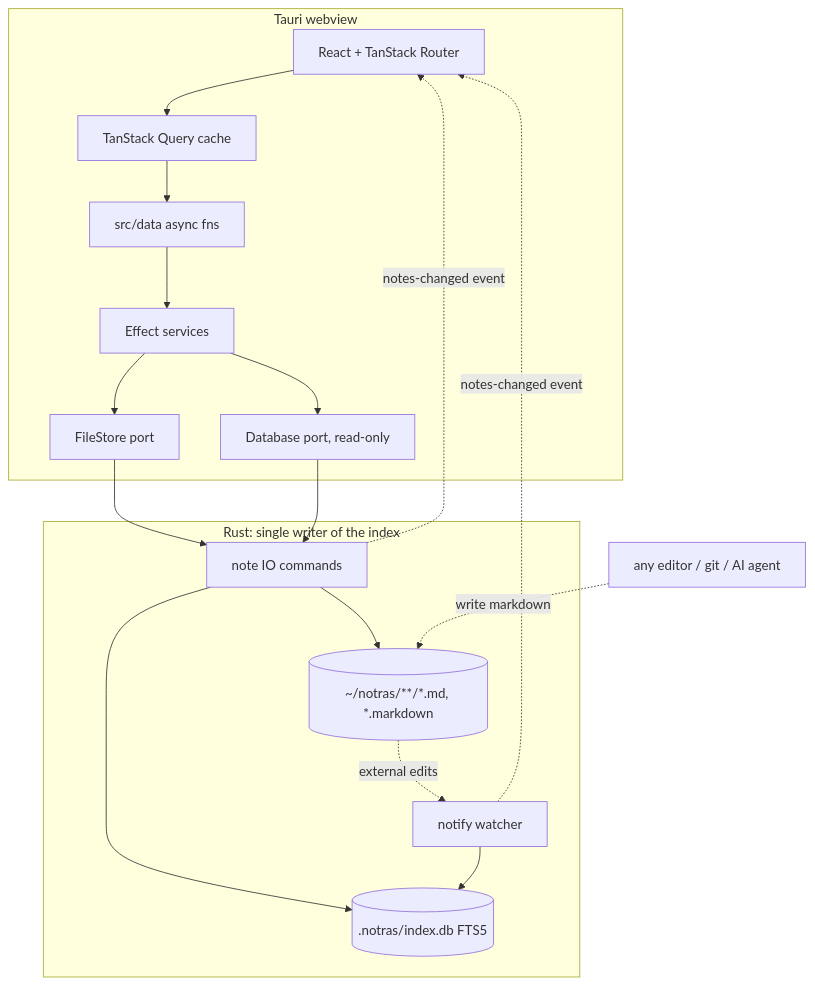
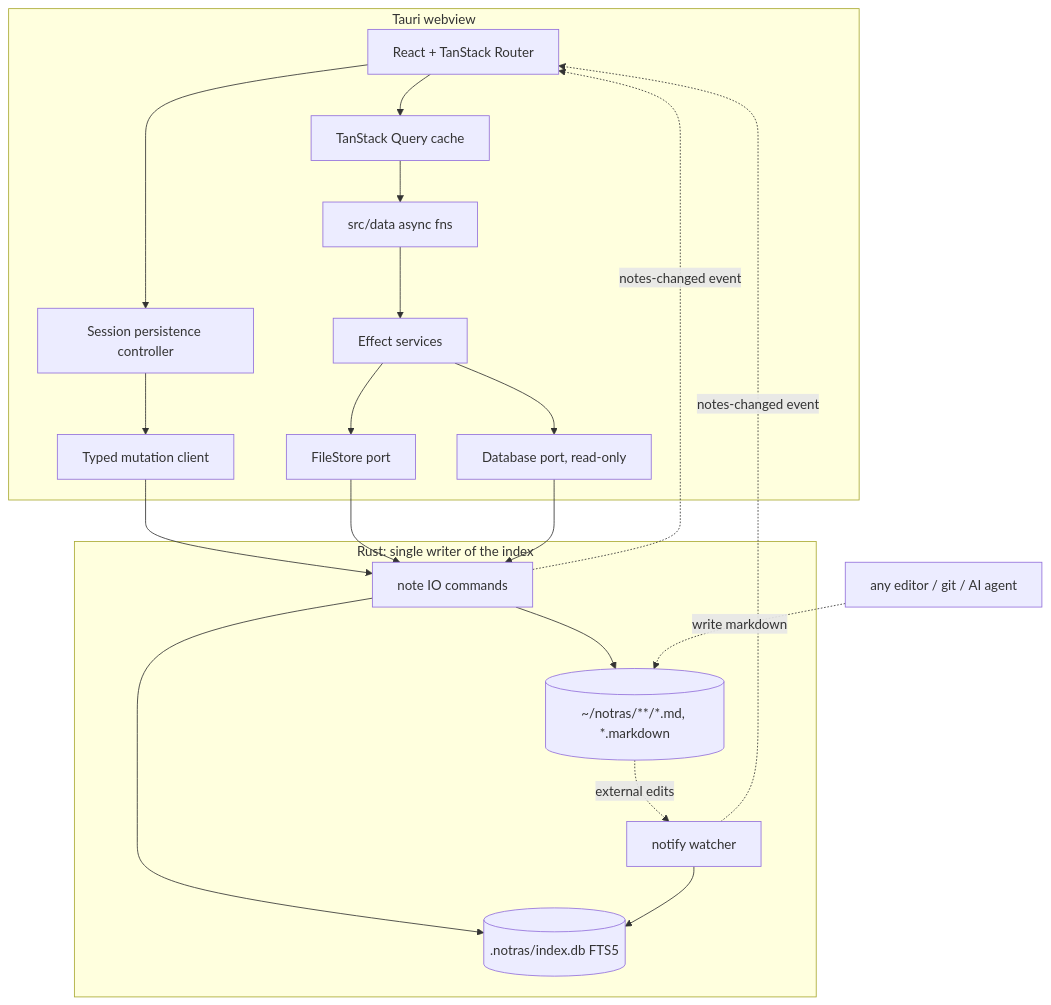
Before and after one commit to jimmy-guzman/notras: the diagram in ARCHITECTURE.md, drawn with Mermaid. The commit also changed other lines of this file and 64 other files, not shown here.

````diff
--- a/ARCHITECTURE.md
+++ b/ARCHITECTURE.md
@@ -25,23 +25,26 @@
 ```mermaid
 flowchart TD
     subgraph webview [Tauri webview]
         UI[React + TanStack Router] --> Query[TanStack Query cache]
+        UI --> Persistence[Session persistence controller]
+        Persistence --> Mutations[Typed mutation client]
         Query --> Data[src/data async fns]
         Data --> Services[Effect services]
         Services --> FileStore[FileStore port]
         Services --> Index[Database port, read-only]
     end
 
     subgraph rust [Rust: single writer of the index]
         Commands[note IO commands] --> Files[(~/notras/**/*.md, *.markdown)]
         Commands --> IndexDb[(.notras/index.db FTS5)]
         Watcher[notify watcher] --> IndexDb
         Files -.external edits.-> Watcher
     end
 
+    Mutations --> Commands
     FileStore --> Commands
     Index --> Commands
     Agents[any editor / git / AI agent] -.write markdown.-> Files
     Commands -. notes-changed event .-> UI
     Watcher -. notes-changed event .-> UI
 ```
````
